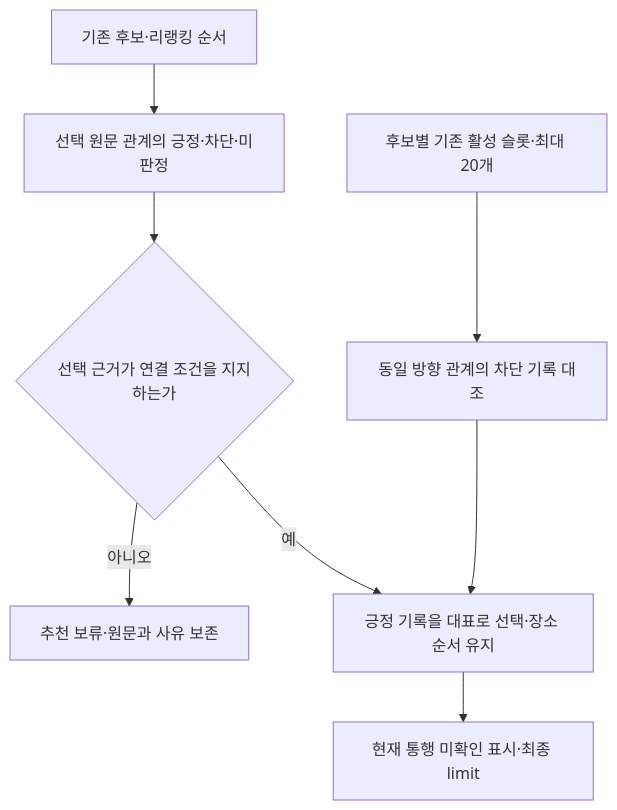
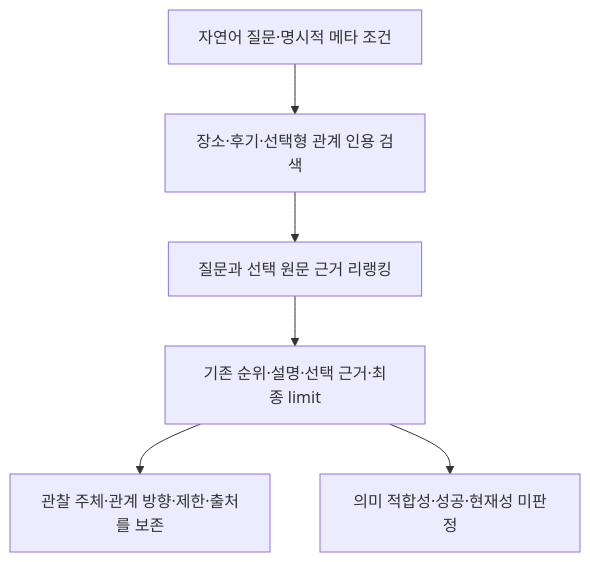
Before and after one commit to yollo4179/TravelMate: the fifth of 5 diagrams in docs/architecture/contextual-retrieval.md, drawn with Mermaid. The commit also changed other lines of this file and 22 other files, not shown here.

````diff
--- a/docs/architecture/contextual-retrieval.md
+++ b/docs/architecture/contextual-retrieval.md
@@ -112,10 +112,8 @@
 ```mermaid
 flowchart TD
-    Rank[기존 후보·리랭킹 순서] --> Policy[선택 원문 관계의 긍정·차단·미판정]
-    Active[후보별 기존 활성 슬롯·최대 20개] --> Conflict[동일 방향 관계의 차단 기록 대조]
-    Policy --> Supported{선택 근거가 연결 조건을 지지하는가}
-    Supported -->|아니오| Hold[추천 보류·원문과 사유 보존]
-    Supported -->|예| Representative[긍정 기록을 대표로 선택·장소 순서 유지]
-    Conflict --> Representative
-    Representative --> Limit[현재 통행 미확인 표시·최종 limit]
+    Query[자연어 질문·명시적 메타 조건] --> Search[장소·후기·선택형 관계 인용 검색]
+    Search --> Rank[질문과 선택 원문 근거 리랭킹]
+    Rank --> Return[기존 순위·설명·선택 근거·최종 limit]
+    Return --> Evidence[관찰 주체·관계 방향·제한·출처를 보존]
+    Return --> Unassessed[의미 적합성·성공·현재성 미판정]
 ```
````
